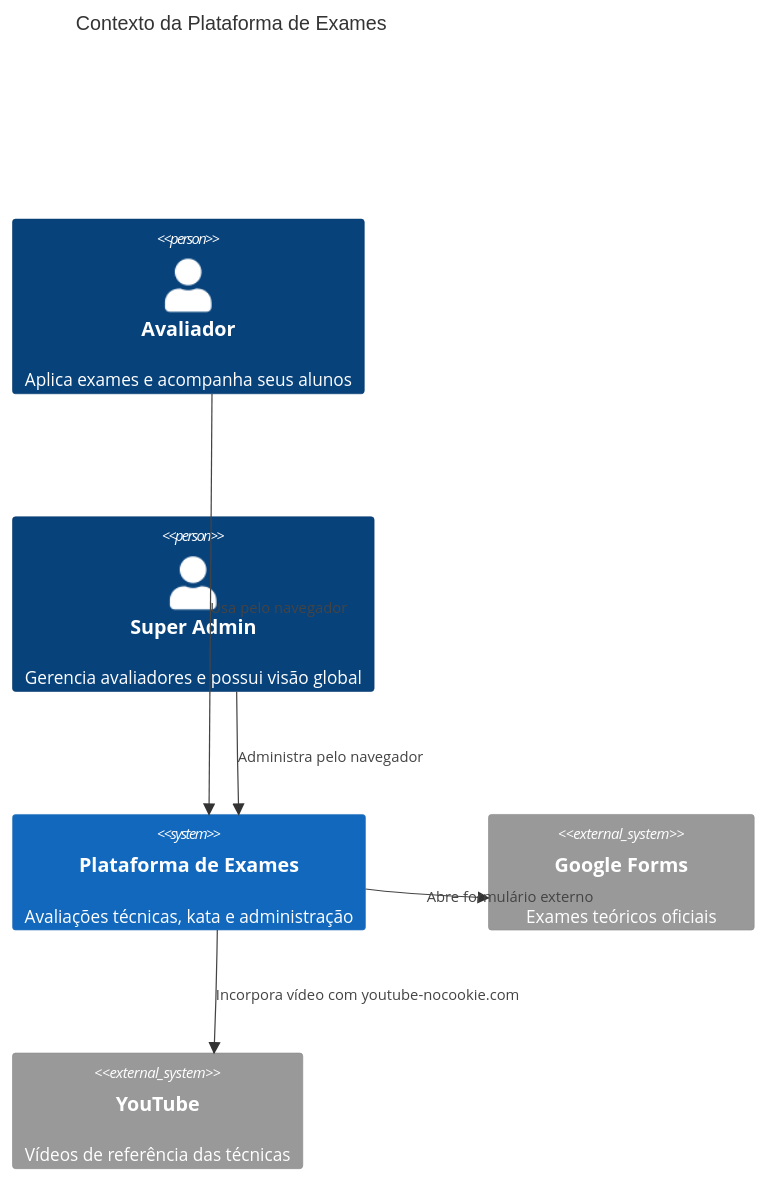
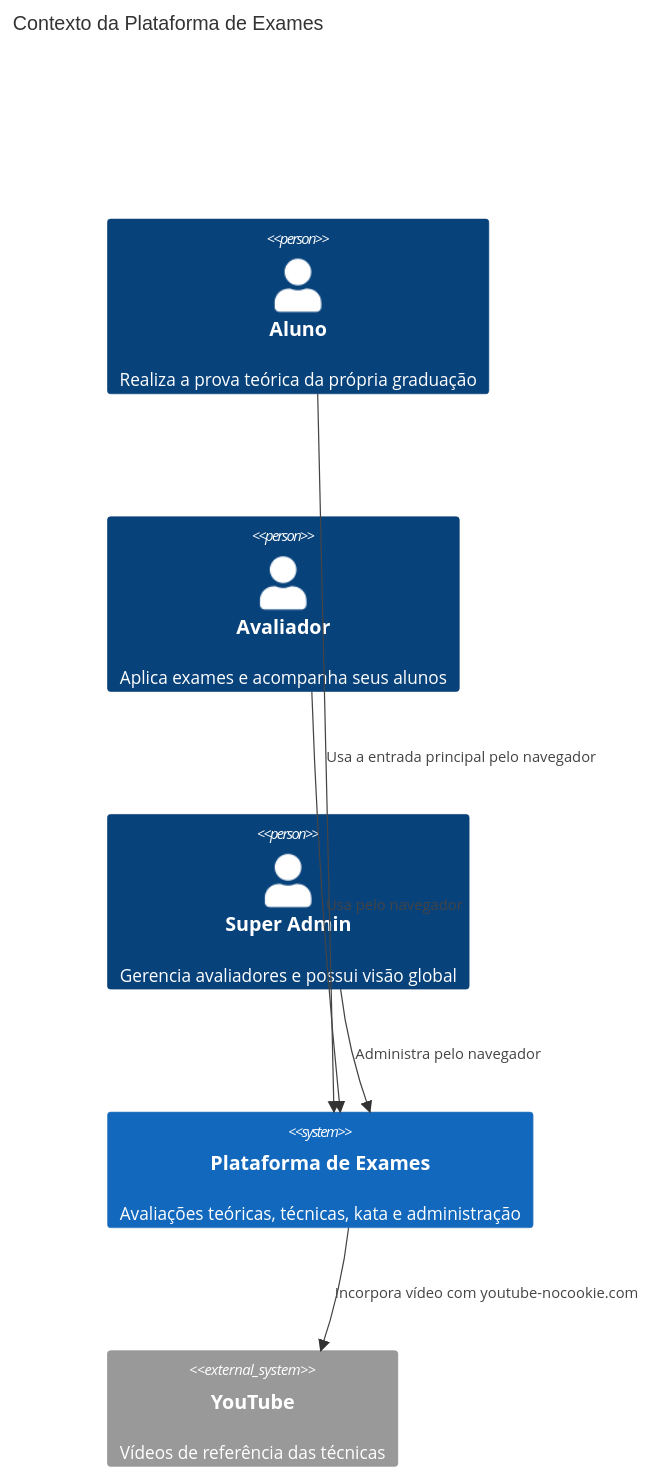
One commit to ArthurViniNunes/judo-exam-platform changed the first of 4 diagrams in docs/architecture/README.md. Above: the diagram before and after it, drawn with Mermaid. The commit also changed other lines of this file and 14 other files, not shown here.

````diff
--- a/docs/architecture/README.md
+++ b/docs/architecture/README.md
@@ -21,14 +21,14 @@
 ```mermaid
 C4Context
   title Contexto da Plataforma de Exames
+  Person(student, "Aluno", "Realiza a prova teórica da própria graduação")
   Person(evaluator, "Avaliador", "Aplica exames e acompanha seus alunos")
   Person(admin, "Super Admin", "Gerencia avaliadores e possui visão global")
-  System(platform, "Plataforma de Exames", "Avaliações técnicas, kata e administração")
-  System_Ext(forms, "Google Forms", "Exames teóricos oficiais")
+  System(platform, "Plataforma de Exames", "Avaliações teóricas, técnicas, kata e administração")
   System_Ext(youtube, "YouTube", "Vídeos de referência das técnicas")
 
+  Rel(student, platform, "Usa a entrada principal pelo navegador")
   Rel(evaluator, platform, "Usa pelo navegador")
   Rel(admin, platform, "Administra pelo navegador")
-  Rel(platform, forms, "Abre formulário externo")
   Rel(platform, youtube, "Incorpora vídeo com youtube-nocookie.com")
 ```
````
